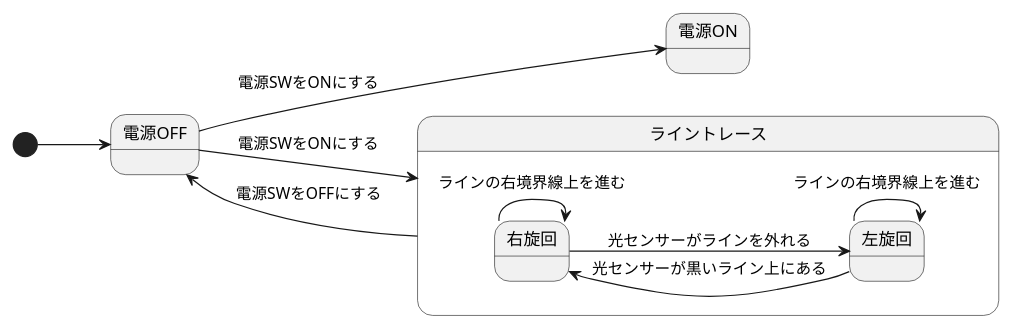
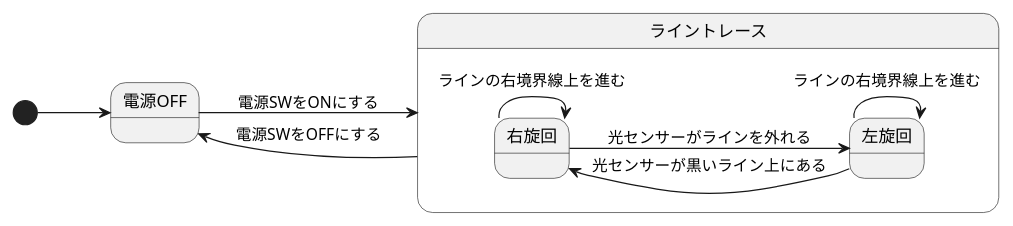
One commit to tokusanai/uml-intro changed the diagram in 演習6-5-3_ステートマシン図_ライントレーサー.pu. Above: the diagram before and after it, drawn with PlantUML.

Commit message:
6-5-3修正

```diff
--- a/演習6-5-3_ステートマシン図_ライントレーサー.pu
+++ b/演習6-5-3_ステートマシン図_ライントレーサー.pu
@@ -1,21 +1,20 @@
 @startuml 演習6-5-3
 left to right direction
 scale 800 width
 
 
   [*] --> 電源OFF
-  電源OFF --> 電源ON : 電源SWをONにする
 
 state "ライントレース" as LineTrace {
   state "右旋回" as RightTurn
   state "左旋回" as LeftTurn
   RightTurn --> LeftTurn : 光センサーがラインを外れる
   LeftTurn --> RightTurn : 光センサーが黒いライン上にある
   RightTurn --> RightTurn : ラインの右境界線上を進む
   LeftTurn --> LeftTurn : ラインの右境界線上を進む
 }
 
 電源OFF --> LineTrace : 電源SWをONにする
 LineTrace --> 電源OFF : 電源SWをOFFにする
 
 @enduml
```
